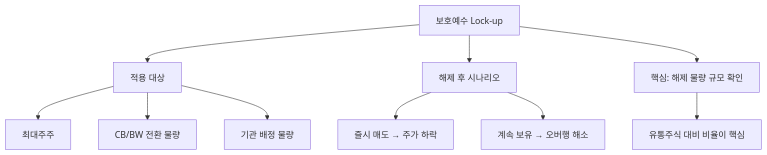
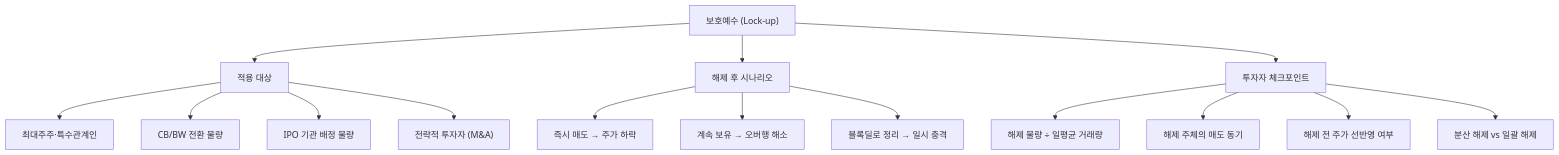
Before and after one commit to yeongseon/stock-visual-note: the diagram in content/stock-terms/ko/level-07-earnings/lock-up.md, drawn with Mermaid. The commit also changed other lines of this file and 9 other files, not shown here.

Commit message:
content: rewrite level-07 (10 articles) — richer diagrams, realistic scenarios, blog tone

````diff
--- a/content/stock-terms/ko/level-07-earnings/lock-up.md
+++ b/content/stock-terms/ko/level-07-earnings/lock-up.md
@@ -42,13 +41,18 @@
 ```mermaid
 graph TD
-    A["보호예수 Lock-up"]
+    A["보호예수 (Lock-up)"]
     A --> B["적용 대상"]
     A --> C["해제 후 시나리오"]
-    B --> B1["최대주주"]
+    A --> D["투자자 체크포인트"]
+    B --> B1["최대주주·특수관계인"]
     B --> B2["CB/BW 전환 물량"]
-    B --> B3["기관 배정 물량"]
-    C --> C1["즐시 매도 → 주가 하락"]
+    B --> B3["IPO 기관 배정 물량"]
+    B --> B4["전략적 투자자 (M&A)"]
+    C --> C1["즉시 매도 → 주가 하락"]
     C --> C2["계속 보유 → 오버행 해소"]
-    A --> D["핵심: 해제 물량 규모 확인"]
-    D --> D1["유통주식 대비 비율이 핵심"]
+    C --> C3["블록딜로 정리 → 일시 충격"]
+    D --> D1["해제 물량 ÷ 일평균 거래량"]
+    D --> D2["해제 주체의 매도 동기"]
+    D --> D3["해제 전 주가 선반영 여부"]
+    D --> D4["분산 해제 vs 일괄 해제"]
 ```
````
